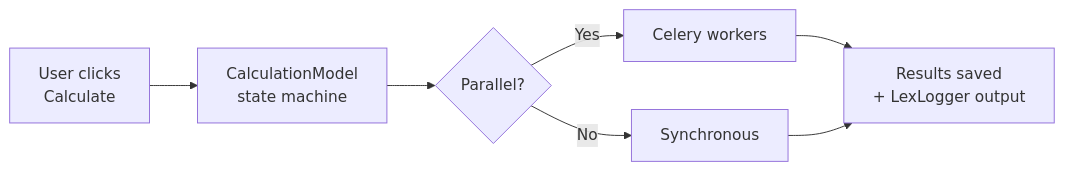
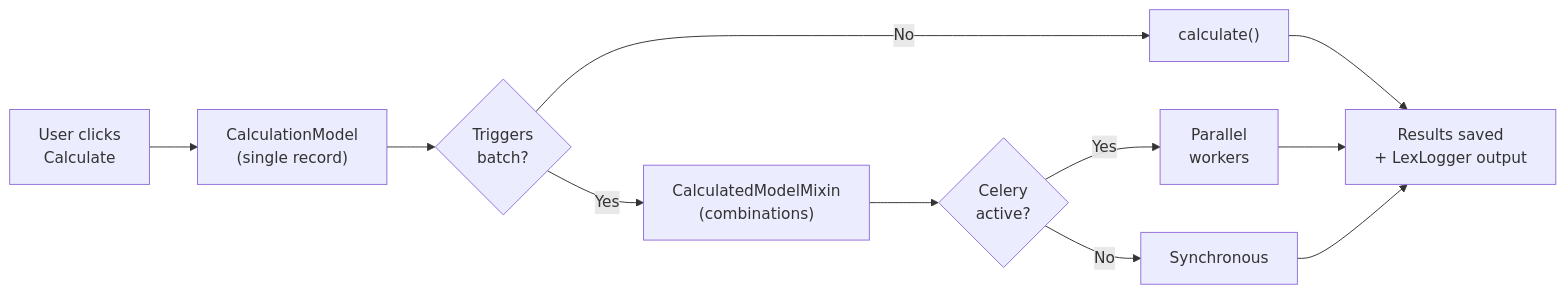
Before and after one commit to ExcellenceCloudGmbH/lex-app-docs: the diagram in content/features/processing/index.md, drawn with Mermaid. The commit also changed other lines of this file and 59 other files, not shown here.

Commit message:
CalculatedModelMixin, Initial Data Upload, Celery and more

````diff
--- a/content/features/processing/index.md
+++ b/content/features/processing/index.md
@@ -7,12 +7,20 @@
 ```mermaid
 flowchart LR
     A["User clicks
     Calculate"] --> B["CalculationModel
-    state machine"]
-    B --> C{"Parallel?"}
-    C -- Yes --> D["Celery workers"]
-    C -- No --> E["Synchronous"]
-    D --> F["Results saved
+    (single record)"]
+    B --> C{"Triggers
+    batch?"}
+    C -- Yes --> D["CalculatedModelMixin
+    (combinations)"]
+    C -- No --> E["calculate()"]
+    D --> F{"Celery
+    active?"}
+    F -- Yes --> G["Parallel
+    workers"]
+    F -- No --> H["Synchronous"]
+    E --> I["Results saved
     + LexLogger output"]
-    E --> F
+    G --> I
+    H --> I
 ```
````
